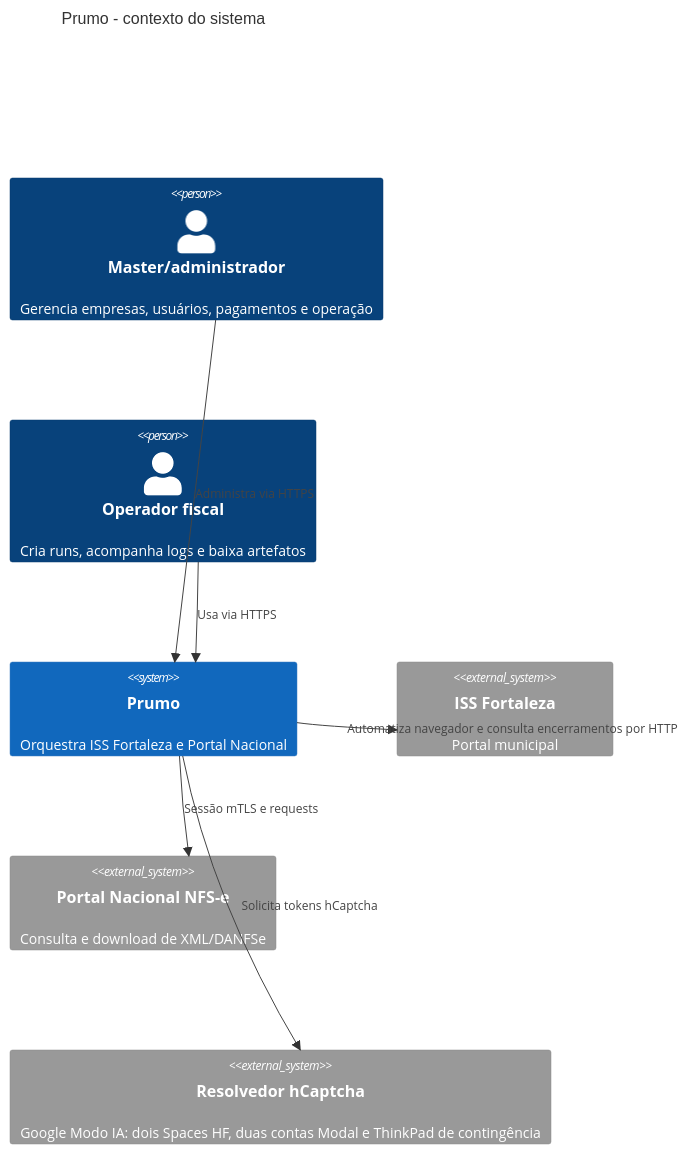
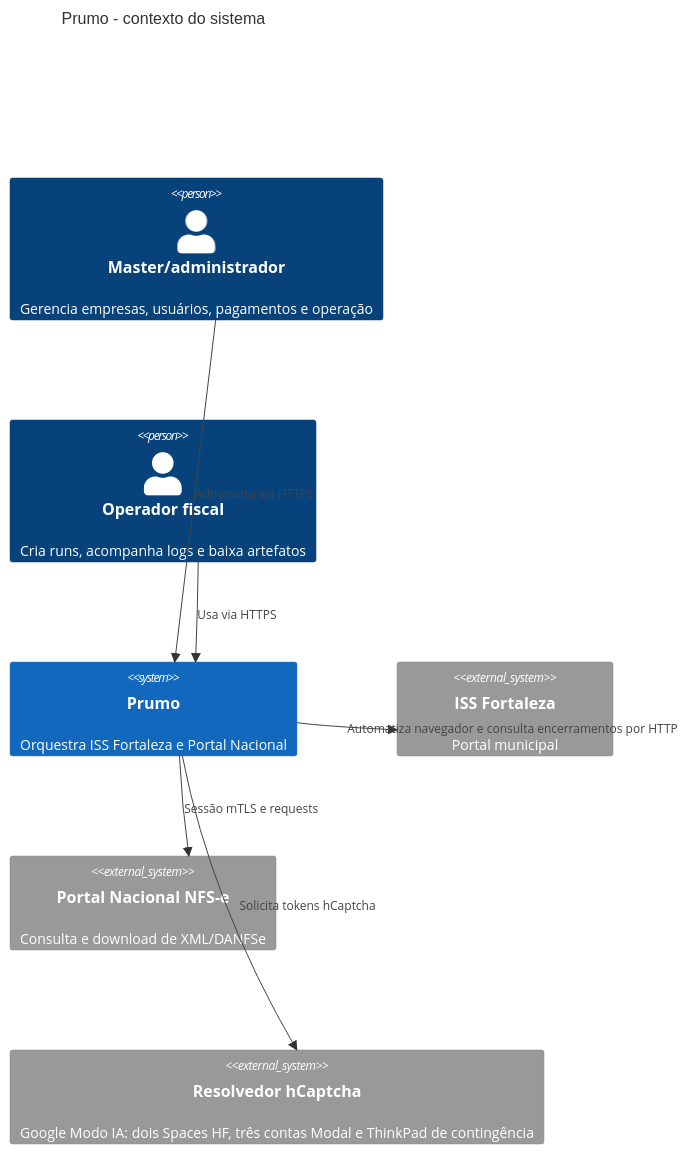
The first of 4 diagrams in docs/C4.md (prumosistemas/app), drawn with Mermaid before and after one commit. The commit also changed other lines of this file and 6 other files, not shown here.

````diff
--- a/docs/C4.md
+++ b/docs/C4.md
@@ -8,15 +8,15 @@
 ```mermaid
 C4Context
   title Prumo - contexto do sistema
   Person(master, "Master/administrador", "Gerencia empresas, usuários, pagamentos e operação")
   Person(operador, "Operador fiscal", "Cria runs, acompanha logs e baixa artefatos")
   System(prumo, "Prumo", "Orquestra ISS Fortaleza e Portal Nacional")
   System_Ext(iss, "ISS Fortaleza", "Portal municipal")
   System_Ext(nfse, "Portal Nacional NFS-e", "Consulta e download de XML/DANFSe")
-  System_Ext(ai, "Resolvedor hCaptcha", "Google Modo IA: dois Spaces HF, duas contas Modal e ThinkPad de contingência")
+  System_Ext(ai, "Resolvedor hCaptcha", "Google Modo IA: dois Spaces HF, três contas Modal e ThinkPad de contingência")
   Rel(master, prumo, "Administra via HTTPS")
   Rel(operador, prumo, "Usa via HTTPS")
   Rel(prumo, iss, "Automatiza navegador e consulta encerramentos por HTTP")
   Rel(prumo, nfse, "Sessão mTLS e requests")
   Rel(prumo, ai, "Solicita tokens hCaptcha")
 ```
````
